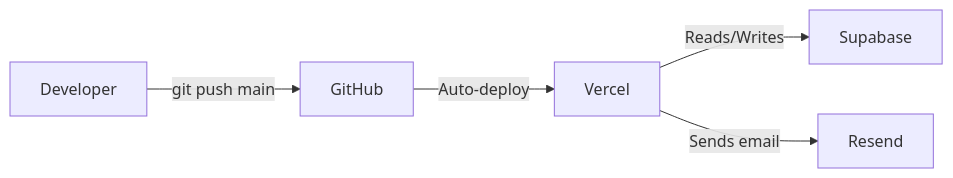
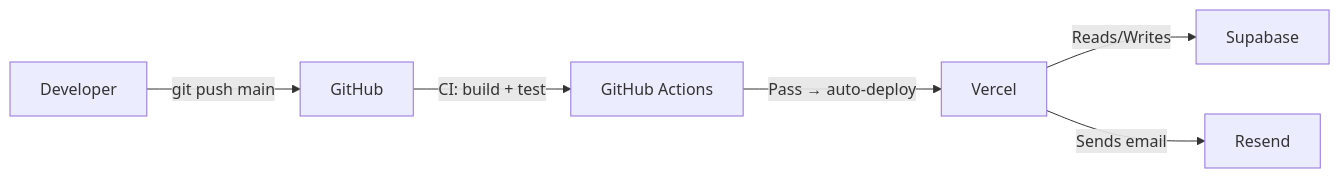
Before and after one commit to smount92/ProjectEquiscape: the diagram in docs/guides/deployment.md, drawn with Mermaid. The commit also changed other lines of this file and 8 other files, not shown here.

````diff
--- a/docs/guides/deployment.md
+++ b/docs/guides/deployment.md
@@ -7,7 +7,8 @@
 ```mermaid
 graph LR
     Dev["Developer"] -->|"git push main"| GH["GitHub"]
-    GH -->|"Auto-deploy"| Vercel["Vercel"]
+    GH -->|"CI: build + test"| CI["GitHub Actions"]
+    CI -->|"Pass → auto-deploy"| Vercel["Vercel"]
     Vercel -->|"Reads/Writes"| Supabase["Supabase"]
     Vercel -->|"Sends email"| Resend["Resend"]
 ```
````
